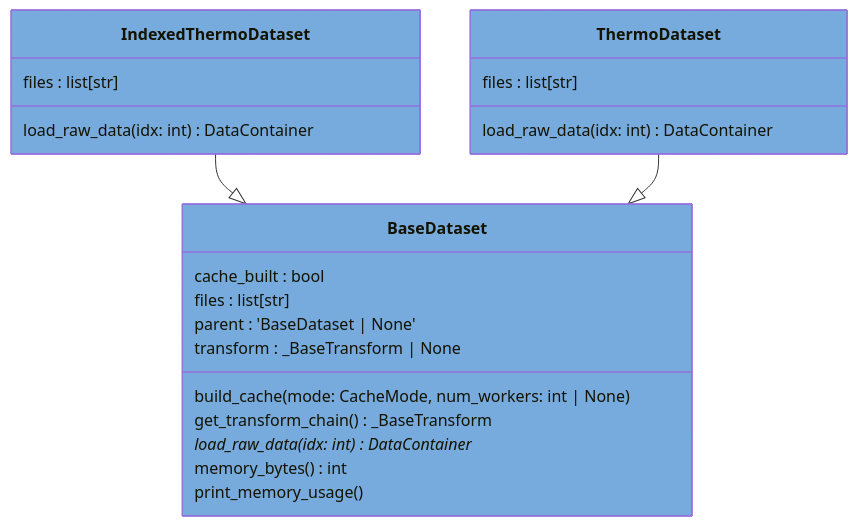
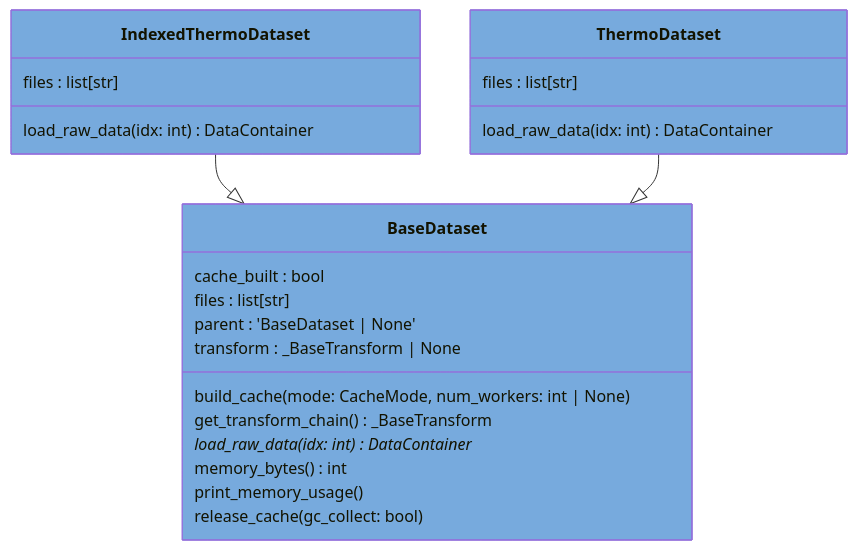
One commit to voidsy-gmbh/pyThermoNDT changed the diagram in docs/pyreverse/mermaid/classes_pythermondt.dataset.mmd. Above: the diagram before and after it, drawn with Mermaid. The commit also changed 8 other files, not shown here.

```diff
--- a/docs/pyreverse/mermaid/classes_pythermondt.dataset.mmd
+++ b/docs/pyreverse/mermaid/classes_pythermondt.dataset.mmd
@@ -1,25 +1,26 @@
 classDiagram
   class BaseDataset {
     cache_built : bool
     files : list[str]
     parent : 'BaseDataset | None'
     transform : _BaseTransform | None
     build_cache(mode: CacheMode, num_workers: int | None)
     get_transform_chain() _BaseTransform
     load_raw_data(idx: int)* DataContainer
     memory_bytes() int
     print_memory_usage()
+    release_cache(gc_collect: bool)
   }
   style BaseDataset fill:#77AADD
   class IndexedThermoDataset {
     files : list[str]
     load_raw_data(idx: int) DataContainer
   }
   style IndexedThermoDataset fill:#77AADD
   class ThermoDataset {
     files : list[str]
     load_raw_data(idx: int) DataContainer
   }
   style ThermoDataset fill:#77AADD
   IndexedThermoDataset --|> BaseDataset
   ThermoDataset --|> BaseDataset
```
